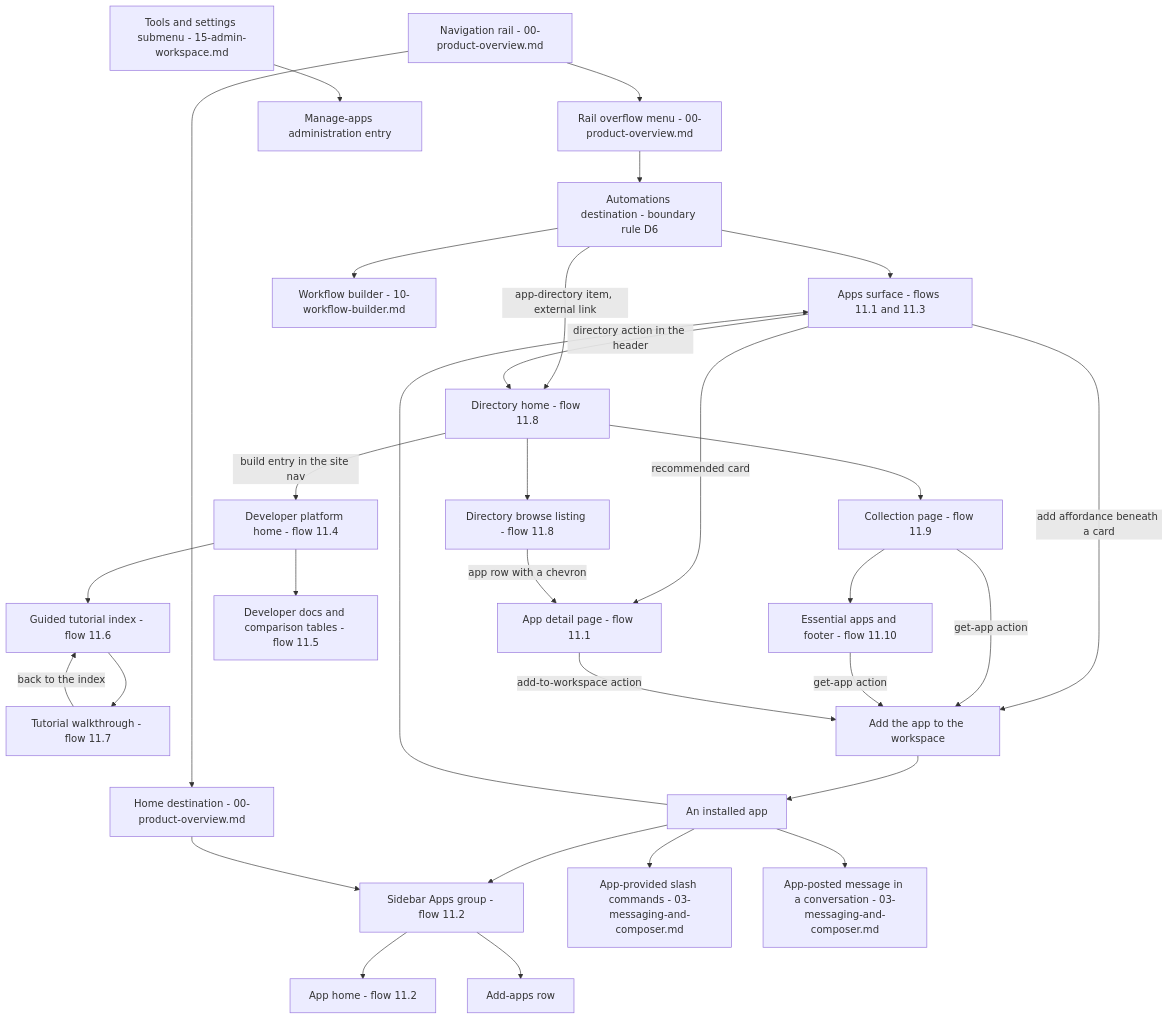
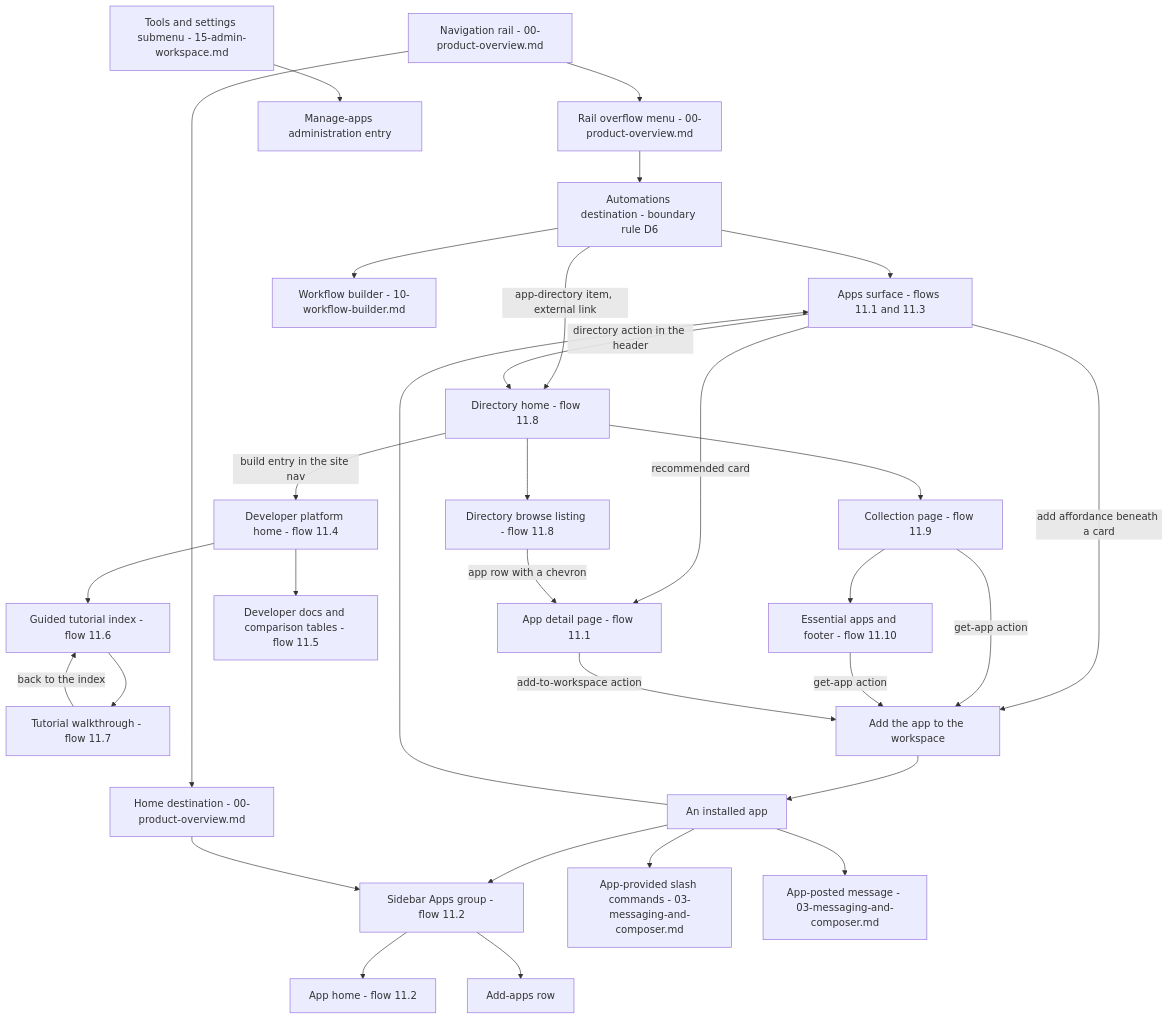
One commit to blitzy-research/blitzy-slack changed the diagram in docs/workflows/11-apps-and-integrations.md. Above: the diagram before and after it, drawn with Mermaid. The commit also changed 18 other files, not shown here.

````diff
--- a/docs/workflows/11-apps-and-integrations.md
+++ b/docs/workflows/11-apps-and-integrations.md
@@ -422,62 +422,62 @@
 ```mermaid
 flowchart TD
     RAIL["Navigation rail - 00-product-overview.md"]
     MORE["Rail overflow menu - 00-product-overview.md"]
     AUTO["Automations destination - boundary rule D6"]
     HOMEDEST["Home destination - 00-product-overview.md"]
     WSMENU["Tools and settings submenu - 15-admin-workspace.md"]
 
     APPSURF["Apps surface - flows 11.1 and 11.3"]
     BUILDER["Workflow builder - 10-workflow-builder.md"]
     SIDEAPPS["Sidebar Apps group - flow 11.2"]
     ADDAPPS["Add-apps row"]
     MANAGEAPPS["Manage-apps administration entry"]
 
     DIRHOME["Directory home - flow 11.8"]
     DIRBROWSE["Directory browse listing - flow 11.8"]
     DIRCOLL["Collection page - flow 11.9"]
     DIRESS["Essential apps and footer - flow 11.10"]
     DIRDETAIL["App detail page - flow 11.1"]
 
     DEVHOME["Developer platform home - flow 11.4"]
     DEVDOCS["Developer docs and comparison tables - flow 11.5"]
     DEVTUT["Guided tutorial index - flow 11.6"]
     DEVWALK["Tutorial walkthrough - flow 11.7"]
 
     ADD["Add the app to the workspace"]
     INSTALLED["An installed app"]
     APPHOME["App home - flow 11.2"]
     SLASHCMD["App-provided slash commands - 03-messaging-and-composer.md"]
-    APPMSG["App-posted message in a conversation - 03-messaging-and-composer.md"]
+    APPMSG["App-posted message - 03-messaging-and-composer.md"]
 
     RAIL --> MORE
     MORE --> AUTO
     AUTO --> APPSURF
     AUTO --> BUILDER
     AUTO -->|"app-directory item, external link"| DIRHOME
     APPSURF -->|"directory action in the header"| DIRHOME
     APPSURF -->|"recommended card"| DIRDETAIL
     APPSURF -->|"add affordance beneath a card"| ADD
     DIRHOME --> DIRBROWSE
     DIRHOME --> DIRCOLL
     DIRBROWSE -->|"app row with a chevron"| DIRDETAIL
     DIRCOLL --> DIRESS
     DIRCOLL -->|"get-app action"| ADD
     DIRESS -->|"get-app action"| ADD
     DIRDETAIL -->|"add-to-workspace action"| ADD
     DIRHOME -->|"build entry in the site nav"| DEVHOME
     DEVHOME --> DEVDOCS
     DEVHOME --> DEVTUT
     DEVTUT --> DEVWALK
     DEVWALK -->|"back to the index"| DEVTUT
     ADD --> INSTALLED
     INSTALLED --> APPSURF
     INSTALLED --> SIDEAPPS
     RAIL --> HOMEDEST
     HOMEDEST --> SIDEAPPS
     SIDEAPPS --> APPHOME
     SIDEAPPS --> ADDAPPS
     INSTALLED --> SLASHCMD
     INSTALLED --> APPMSG
     WSMENU --> MANAGEAPPS
 ```
````
